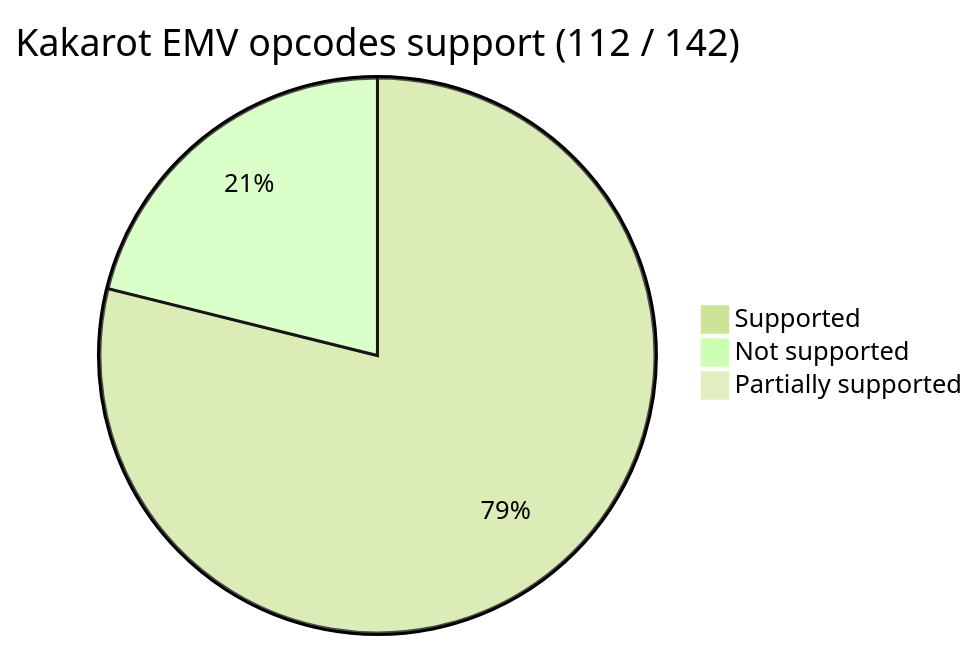
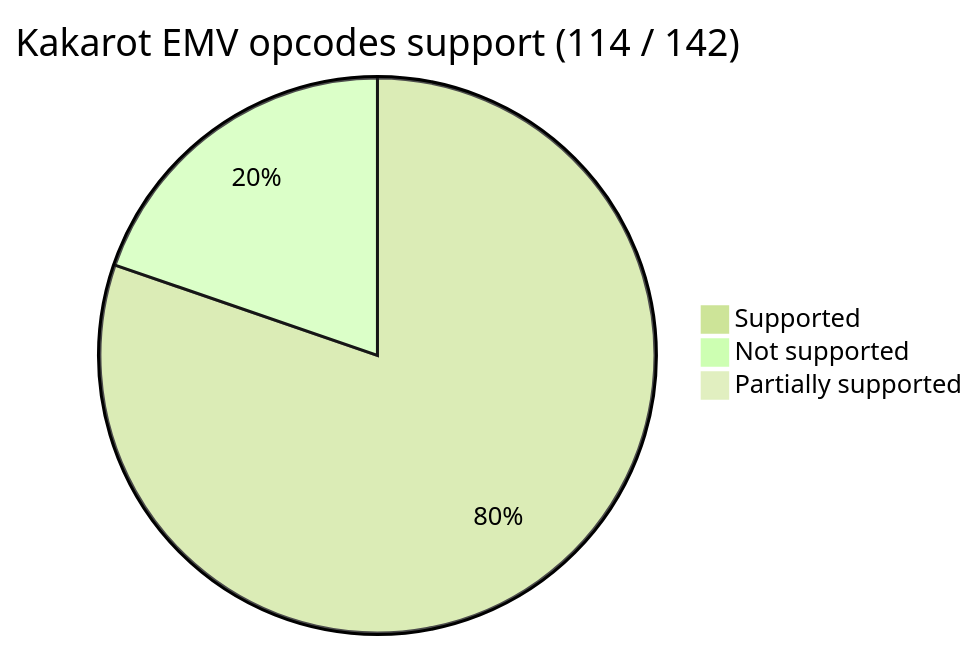
The first of 2 diagrams in README.md (kkrt-labs/kakarot), drawn with Mermaid before and after one commit. The commit also changed 8 other files, not shown here.

````diff
--- a/README.md
+++ b/README.md
@@ -38,9 +38,9 @@
 ```mermaid
 %%{init: {'theme': 'forest', 'themeVariables': { 'darkMode': 'false'}}}%%
 
-pie title Kakarot EMV opcodes support (112 / 142)
-    "Supported" : 112
-    "Not supported" : 30
+pie title Kakarot EMV opcodes support (114 / 142)
+    "Supported" : 114
+    "Not supported" : 28
 
     "Partially supported" : 0
 ```
````
